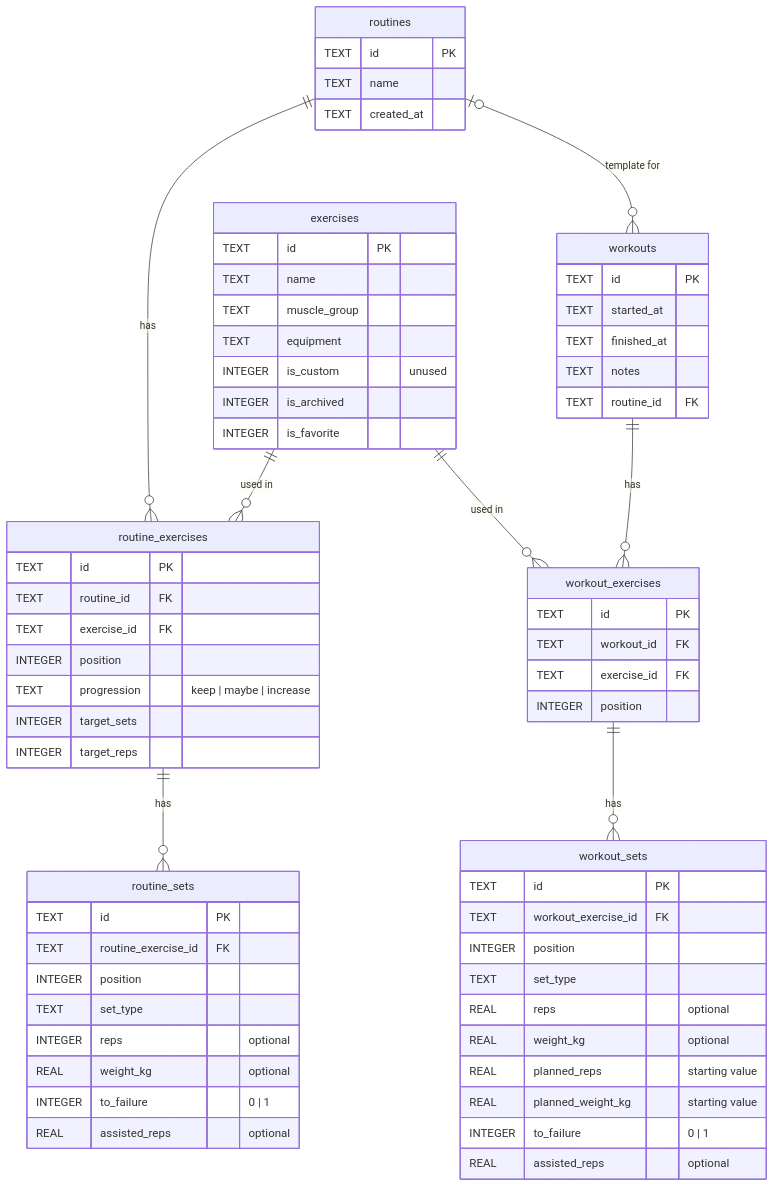
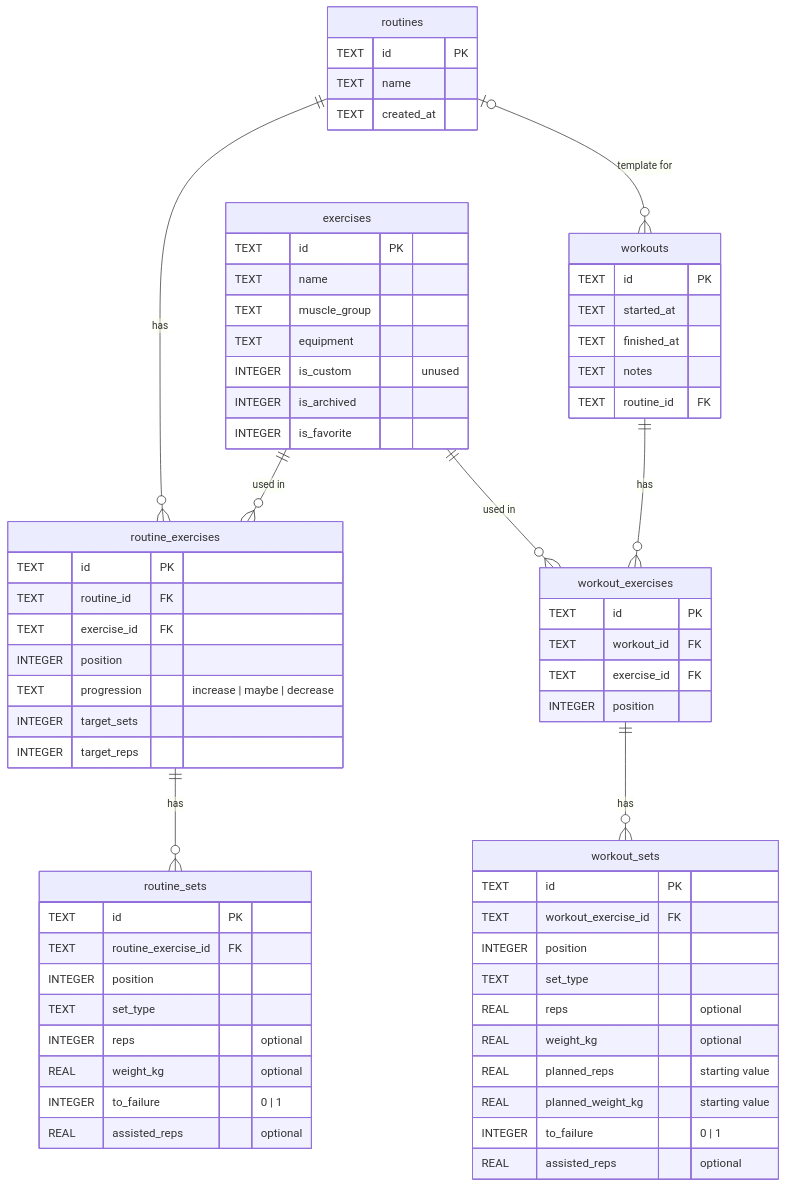
The first of 4 diagrams in README.md (ABorges2003/GymLog), drawn with Mermaid before and after one commit. The commit also changed other lines of this file and 27 other files, not shown here.

````diff
--- a/README.md
+++ b/README.md
@@ -156,69 +156,69 @@
 ```mermaid
 erDiagram
     routines ||--o{ routine_exercises : "has"
     routine_exercises ||--o{ routine_sets : "has"
     routines |o--o{ workouts : "template for"
     exercises ||--o{ routine_exercises : "used in"
     exercises ||--o{ workout_exercises : "used in"
     workouts ||--o{ workout_exercises : "has"
     workout_exercises ||--o{ workout_sets : "has"
 
     routines {
         TEXT id PK
         TEXT name
         TEXT created_at
     }
     routine_exercises {
         TEXT id PK
         TEXT routine_id FK
         TEXT exercise_id FK
         INTEGER position
-        TEXT progression "keep | maybe | increase"
+        TEXT progression "increase | maybe | decrease"
         INTEGER target_sets
         INTEGER target_reps
     }
     routine_sets {
         TEXT id PK
         TEXT routine_exercise_id FK
         INTEGER position
         TEXT set_type
         INTEGER reps "optional"
         REAL weight_kg "optional"
         INTEGER to_failure "0 | 1"
         REAL assisted_reps "optional"
     }
     exercises {
         TEXT id PK
         TEXT name
         TEXT muscle_group
         TEXT equipment
         INTEGER is_custom "unused"
         INTEGER is_archived
         INTEGER is_favorite
     }
     workouts {
         TEXT id PK
         TEXT started_at
         TEXT finished_at
         TEXT notes
         TEXT routine_id FK
     }
     workout_exercises {
         TEXT id PK
         TEXT workout_id FK
         TEXT exercise_id FK
         INTEGER position
     }
     workout_sets {
         TEXT id PK
         TEXT workout_exercise_id FK
         INTEGER position
         TEXT set_type
         REAL reps "optional"
         REAL weight_kg "optional"
         REAL planned_reps "starting value"
         REAL planned_weight_kg "starting value"
         INTEGER to_failure "0 | 1"
         REAL assisted_reps "optional"
     }
 ```
````
